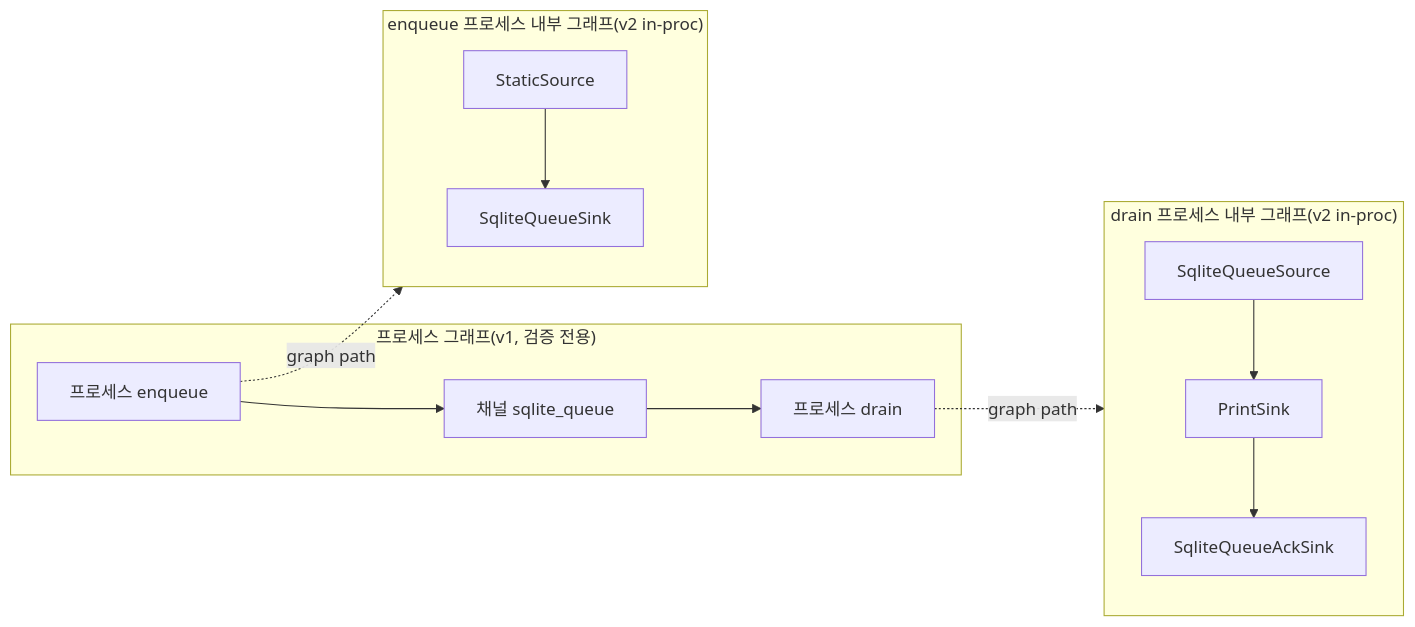
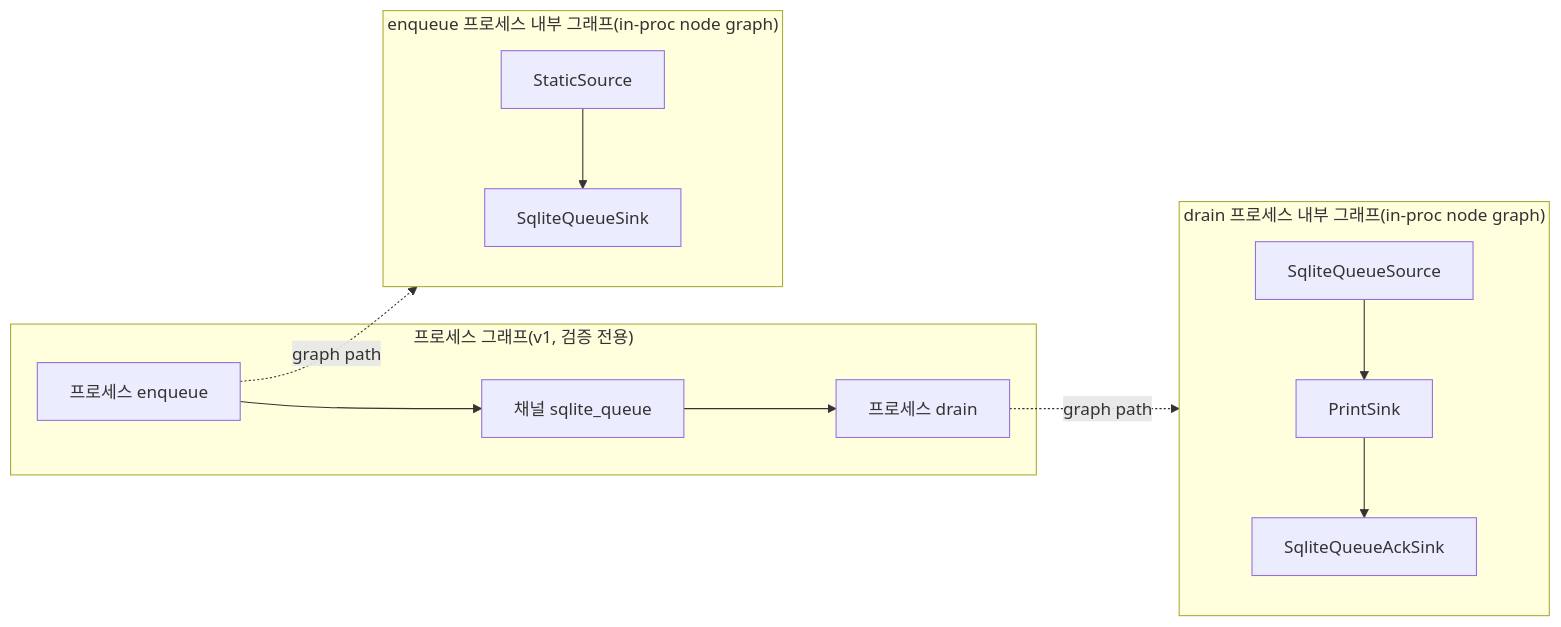
One commit to KyunghoCha/schnitzel-stream-platform changed the second of 2 diagrams in docs/guides/process_graph_foundation_guide.md. Above: the diagram before and after it, drawn with Mermaid. The commit also changed other lines of this file and 150 other files, not shown here.

First line of the commit message:
Remove v2 graph labels from node graph surface

````diff
--- a/docs/guides/process_graph_foundation_guide.md
+++ b/docs/guides/process_graph_foundation_guide.md
@@ -112,25 +112,25 @@
 ```mermaid
 flowchart LR
   subgraph PG["프로세스 그래프(v1, 검증 전용)"]
     P1["프로세스 enqueue"]
     P2["프로세스 drain"]
     C["채널 sqlite_queue"]
   end
 
-  subgraph G1["enqueue 프로세스 내부 그래프(v2 in-proc)"]
+  subgraph G1["enqueue 프로세스 내부 그래프(in-proc node graph)"]
     A["StaticSource"]
     B["SqliteQueueSink"]
     A --> B
   end
 
-  subgraph G2["drain 프로세스 내부 그래프(v2 in-proc)"]
+  subgraph G2["drain 프로세스 내부 그래프(in-proc node graph)"]
     D["SqliteQueueSource"]
     E["PrintSink"]
     F["SqliteQueueAckSink"]
     D --> E --> F
   end
 
   P1 -. "graph path" .-> G1
   P2 -. "graph path" .-> G2
   P1 --> C --> P2
 ```
````
